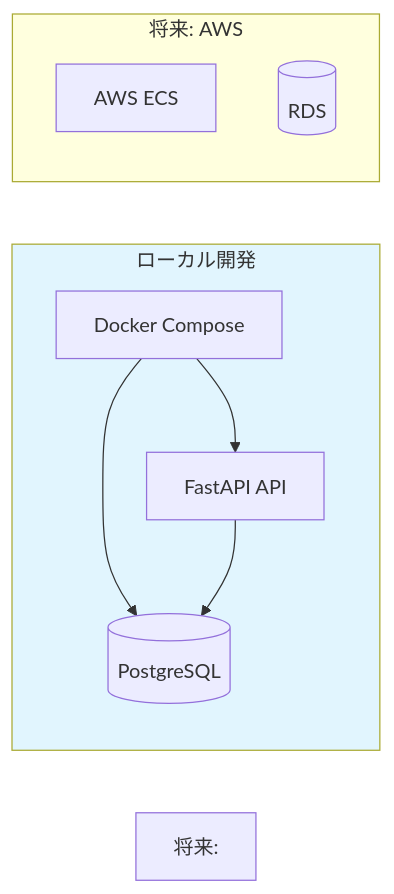
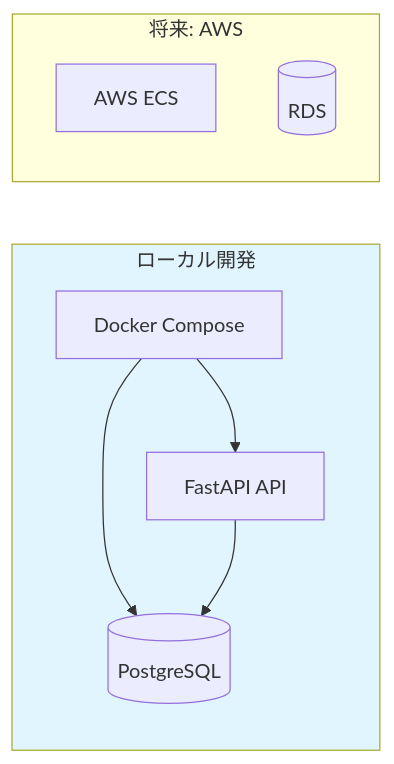
Before and after one commit to kc3hack/2026_team22: the third of 6 diagrams in README.md, drawn with Mermaid.

Commit message:
Update README to remove AWS styling
Removed styling for future AWS dependency in diagram.

````diff
--- a/README.md
+++ b/README.md
@@ -184,20 +184,19 @@
 ```mermaid
 graph LR
     subgraph ローカル開発
         Docker[Docker Compose]
         DB[(PostgreSQL)]
         API[FastAPI API]
     end
 
     subgraph 将来: AWS
         ECS[AWS ECS]
         RDS[(RDS)]
     end
 
     Docker --> DB
     Docker --> API
     API --> DB
 
     style ローカル開発 fill:#e1f5fe
-    style 将来: AWS fill:#fff3e0
 ```
````
